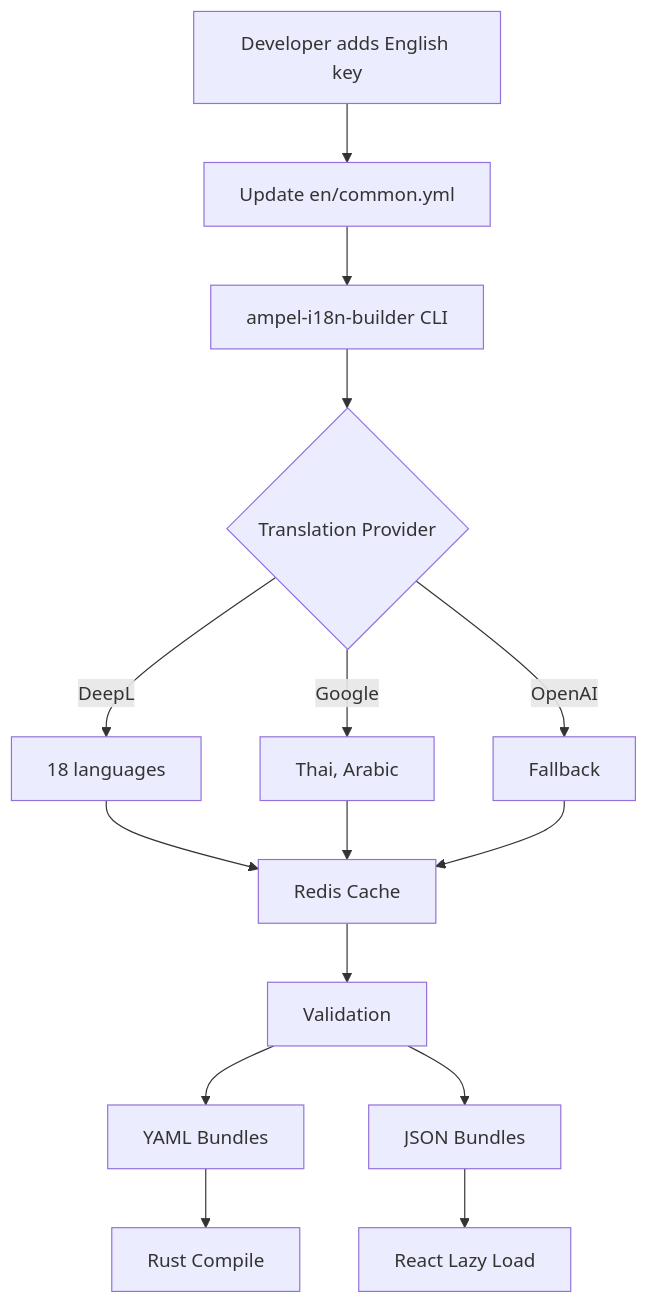
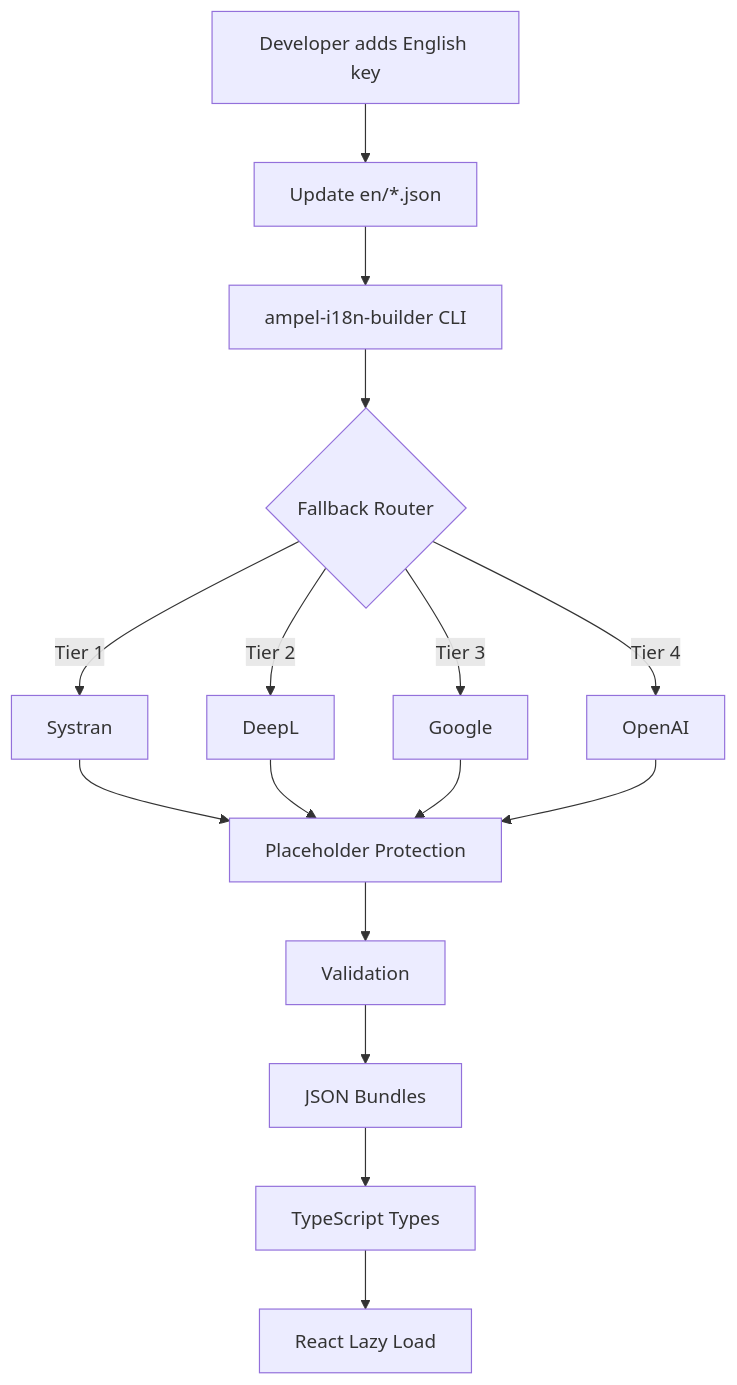
One commit to pacphi/ampel changed the diagram in docs/localization/TRANSLATION_WORKFLOW.md. Above: the diagram before and after it, drawn with Mermaid. The commit also changed other lines of this file and 30 other files, not shown here.

````diff
--- a/docs/localization/TRANSLATION_WORKFLOW.md
+++ b/docs/localization/TRANSLATION_WORKFLOW.md
@@ -30,17 +67,18 @@
 ```mermaid
 graph TB
-    DEV[Developer adds English key] --> YAML[Update en/common.yml]
-    YAML --> CLI[ampel-i18n-builder CLI]
-    CLI --> API{Translation Provider}
-    API -->|DeepL| DEEPL[18 languages]
-    API -->|Google| GOOGLE[Thai, Arabic]
-    API -->|OpenAI| OPENAI[Fallback]
-    DEEPL --> CACHE[Redis Cache]
-    GOOGLE --> CACHE
-    OPENAI --> CACHE
-    CACHE --> VALIDATE[Validation]
-    VALIDATE --> BACKEND[YAML Bundles]
+    DEV[Developer adds English key] --> JSON[Update en/*.json]
+    JSON --> CLI[ampel-i18n-builder CLI]
+    CLI --> FALLBACK{Fallback Router}
+    FALLBACK -->|Tier 1| SYSTRAN[Systran]
+    FALLBACK -->|Tier 2| DEEPL[DeepL]
+    FALLBACK -->|Tier 3| GOOGLE[Google]
+    FALLBACK -->|Tier 4| OPENAI[OpenAI]
+    SYSTRAN --> PROTECT[Placeholder Protection]
+    DEEPL --> PROTECT
+    GOOGLE --> PROTECT
+    OPENAI --> PROTECT
+    PROTECT --> VALIDATE[Validation]
     VALIDATE --> FRONTEND[JSON Bundles]
-    BACKEND --> COMPILE[Rust Compile]
-    FRONTEND --> LAZY[React Lazy Load]
+    FRONTEND --> TYPES[TypeScript Types]
+    TYPES --> LAZY[React Lazy Load]
 ```
````
